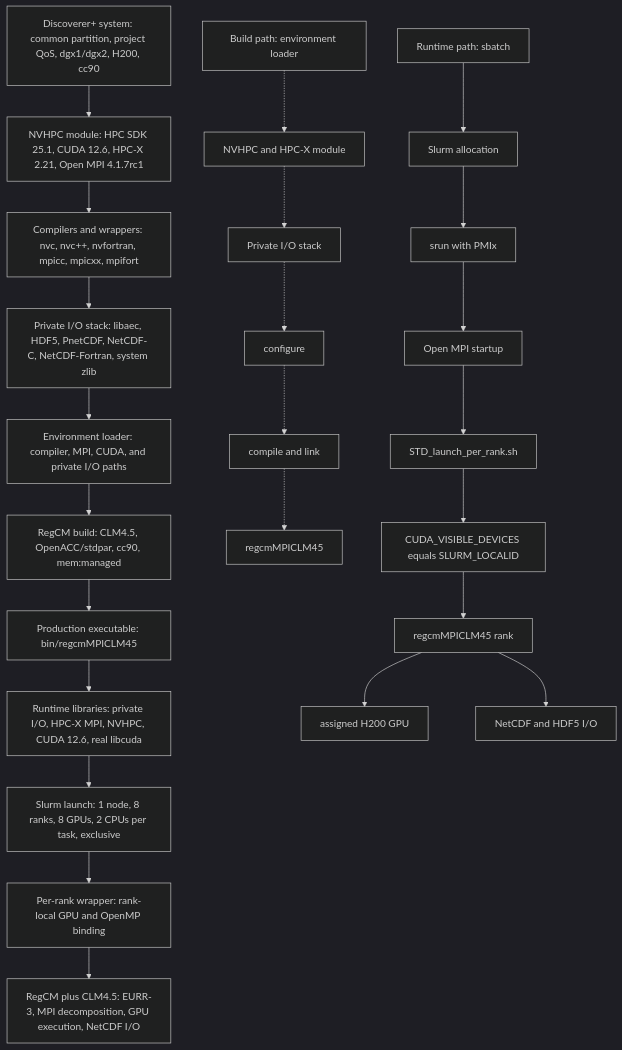
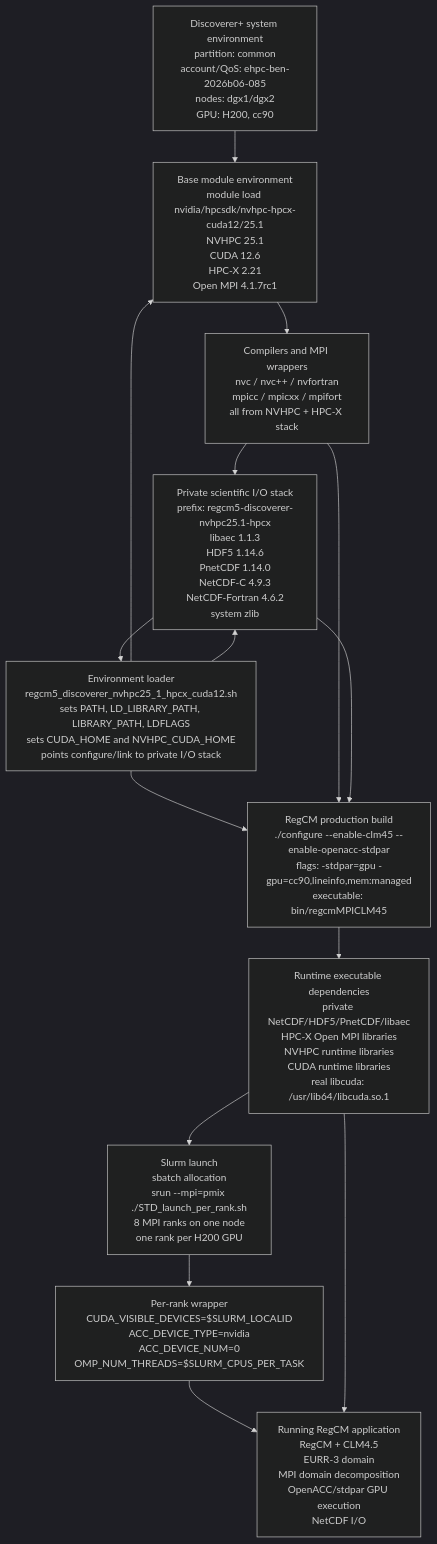
One commit to cristiano-mhpc/RegCM changed the diagram in Benchmark_Reports/Discoverer_RegCM_Benchmark_Report.md. Above: the diagram before and after it, drawn with Mermaid (dark theme). The commit also changed other lines of this file, not shown here.

Commit message:
chore(discoverer): Further fix on the mermaid diagrams for the software stack

````diff
--- a/Benchmark_Reports/Discoverer_RegCM_Benchmark_Report.md
+++ b/Benchmark_Reports/Discoverer_RegCM_Benchmark_Report.md
@@ -15,40 +15,31 @@
 ```mermaid
 flowchart TB
-    SYS["Discoverer+ system: common partition, project QoS, dgx1/dgx2, H200, cc90"]
-    MOD["NVHPC module: HPC SDK 25.1, CUDA 12.6, HPC-X 2.21, Open MPI 4.1.7rc1"]
-    COMP["Compilers and wrappers: nvc, nvc++, nvfortran, mpicc, mpicxx, mpifort"]
-    IO["Private I/O stack: libaec, HDF5, PnetCDF, NetCDF-C, NetCDF-Fortran, system zlib"]
-    LOAD["Environment loader: compiler, MPI, CUDA, and private I/O paths"]
-    BUILD["RegCM build: CLM4.5, OpenACC/stdpar, cc90, mem:managed"]
-    EXE["Production executable: bin/regcmMPICLM45"]
-    DEPS["Runtime libraries: private I/O, HPC-X MPI, NVHPC, CUDA 12.6, real libcuda"]
-    SLURM["Slurm launch: 1 node, 8 ranks, 8 GPUs, 2 CPUs per task, exclusive"]
-    WRAP["Per-rank wrapper: rank-local GPU and OpenMP binding"]
-    APP["RegCM plus CLM4.5: EURR-3, MPI decomposition, GPU execution, NetCDF I/O"]
+    SYS["Discoverer+ system environment<br/>partition: common<br/>account/QoS: ehpc-ben-2026b06-085<br/>nodes: dgx1/dgx2<br/>GPU: H200, cc90"]
 
-    SYS --> MOD
-    MOD --> COMP
-    COMP --> IO
-    IO --> LOAD
-    LOAD --> BUILD
-    BUILD --> EXE
-    EXE --> DEPS
-    DEPS --> SLURM
-    SLURM --> WRAP
-    WRAP --> APP
+    MOD["Base module environment<br/>module load nvidia/hpcsdk/nvhpc-hpcx-cuda12/25.1<br/>NVHPC 25.1<br/>CUDA 12.6<br/>HPC-X 2.21<br/>Open MPI 4.1.7rc1"]
 
-    B1["Build path: environment loader"] -.-> B2["NVHPC and HPC-X module"]
-    B2 -.-> B3["Private I/O stack"]
-    B3 -.-> B4["configure"]
-    B4 -.-> B5["compile and link"]
-    B5 -.-> B6["regcmMPICLM45"]
+    COMP["Compilers and MPI wrappers<br/>nvc / nvc++ / nvfortran<br/>mpicc / mpicxx / mpifort<br/>all from NVHPC + HPC-X stack"]
 
-    R1["Runtime path: sbatch"] --> R2["Slurm allocation"]
-    R2 --> R3["srun with PMIx"]
-    R3 --> R4["Open MPI startup"]
-    R4 --> R5["STD_launch_per_rank.sh"]
-    R5 --> R6["CUDA_VISIBLE_DEVICES equals SLURM_LOCALID"]
-    R6 --> R7["regcmMPICLM45 rank"]
-    R7 --> R8["assigned H200 GPU"]
-    R7 --> R9["NetCDF and HDF5 I/O"]
+    IO["Private scientific I/O stack<br/>prefix: regcm5-discoverer-nvhpc25.1-hpcx<br/>libaec 1.1.3<br/>HDF5 1.14.6<br/>PnetCDF 1.14.0<br/>NetCDF-C 4.9.3<br/>NetCDF-Fortran 4.6.2<br/>system zlib"]
+
+    LOAD["Environment loader<br/>regcm5_discoverer_nvhpc25_1_hpcx_cuda12.sh<br/>sets PATH, LD_LIBRARY_PATH, LIBRARY_PATH, LDFLAGS<br/>sets CUDA_HOME and NVHPC_CUDA_HOME<br/>points configure/link to private I/O stack"]
+
+    BUILD["RegCM production build<br/>./configure --enable-clm45 --enable-openacc-stdpar<br/>flags: -stdpar=gpu -gpu=cc90,lineinfo,mem:managed<br/>executable: bin/regcmMPICLM45"]
+
+    DEPS["Runtime executable dependencies<br/>private NetCDF/HDF5/PnetCDF/libaec<br/>HPC-X Open MPI libraries<br/>NVHPC runtime libraries<br/>CUDA runtime libraries<br/>real libcuda: /usr/lib64/libcuda.so.1"]
+
+    SLURM["Slurm launch<br/>sbatch allocation<br/>srun --mpi=pmix ./STD_launch_per_rank.sh<br/>8 MPI ranks on one node<br/>one rank per H200 GPU"]
+
+    WRAP["Per-rank wrapper<br/>CUDA_VISIBLE_DEVICES=$SLURM_LOCALID<br/>ACC_DEVICE_TYPE=nvidia<br/>ACC_DEVICE_NUM=0<br/>OMP_NUM_THREADS=$SLURM_CPUS_PER_TASK"]
+
+    APP["Running RegCM application<br/>RegCM + CLM4.5<br/>EURR-3 domain<br/>MPI domain decomposition<br/>OpenACC/stdpar GPU execution<br/>NetCDF I/O"]
+
+    SYS --> MOD --> COMP --> IO --> LOAD --> BUILD --> DEPS --> SLURM --> WRAP --> APP
+
+    LOAD --> MOD
+    LOAD --> IO
+    COMP --> BUILD
+    IO --> BUILD
+
+    DEPS --> APP
 ```
````
